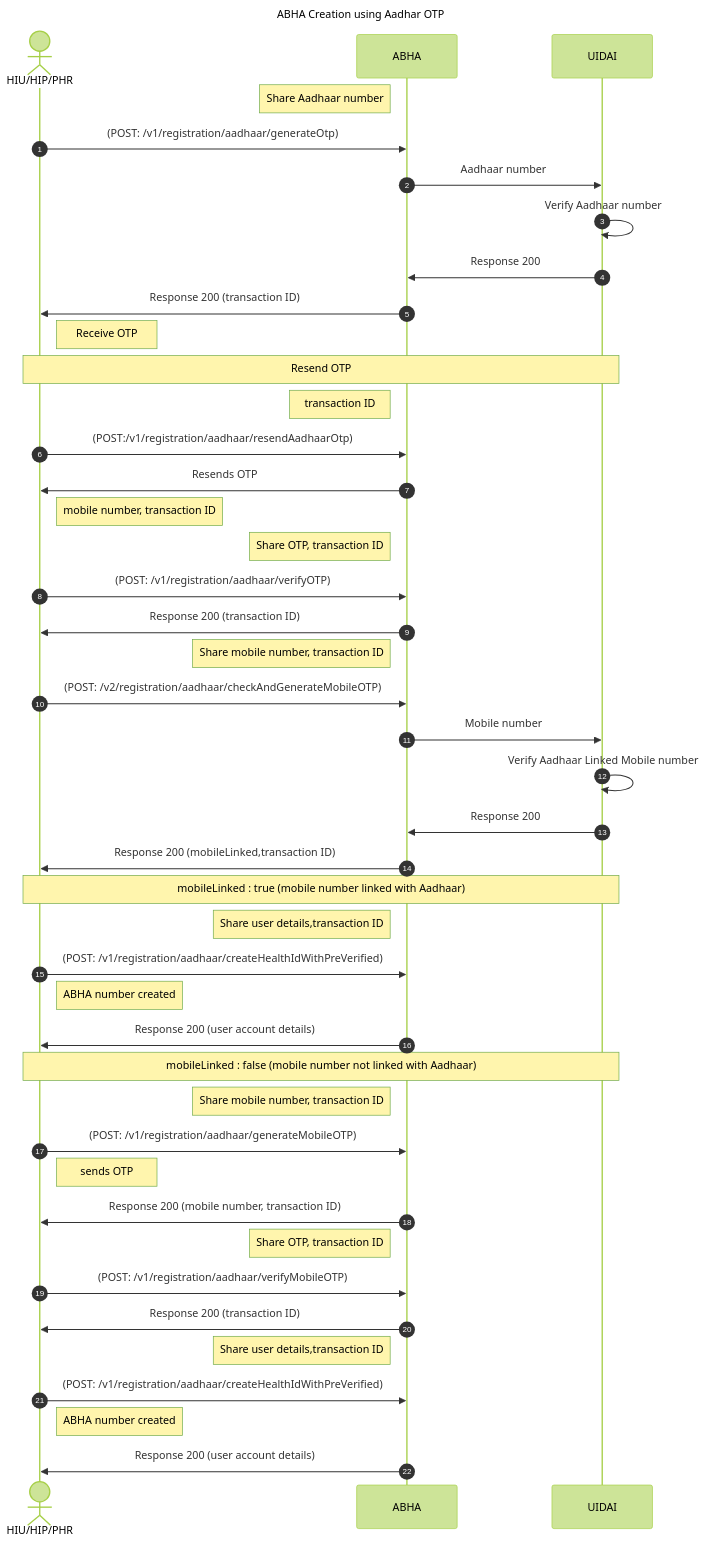
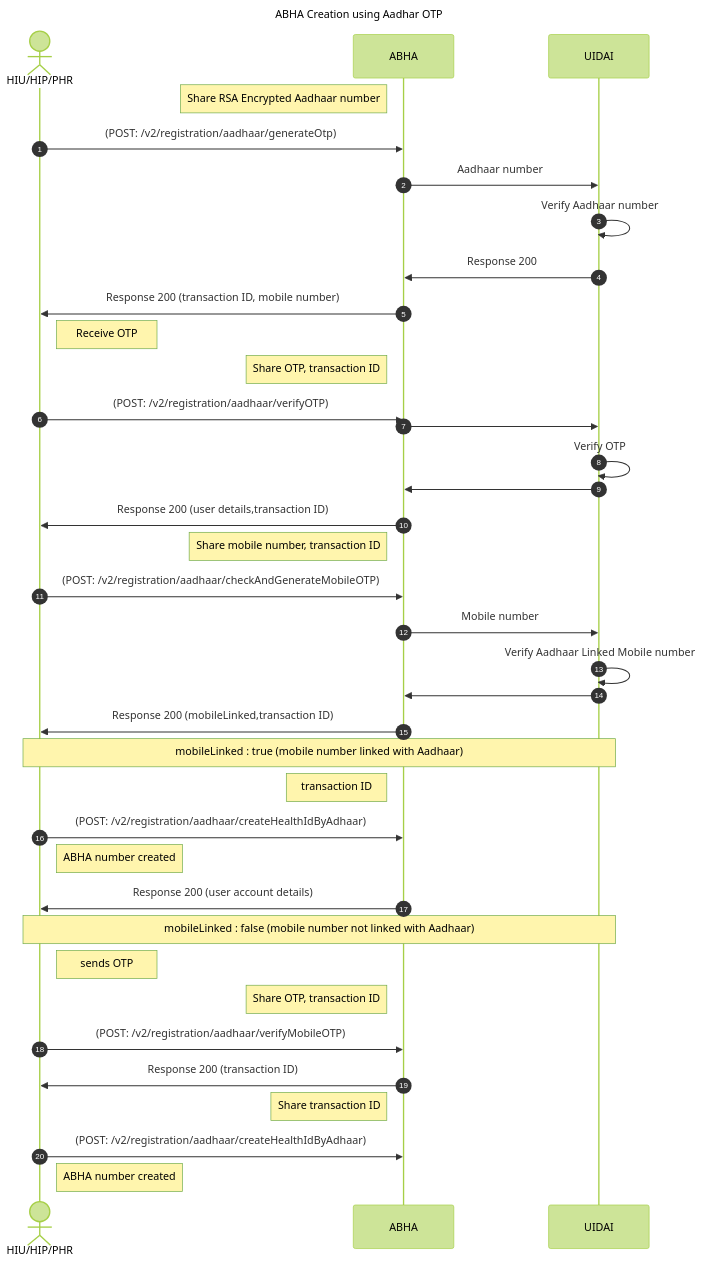
One commit to kiranma72/abdm-docs changed the first of 2 diagrams in content/2-milestone1/abha-number/aadhar-otp.md. Above: the diagram before and after it, drawn with Mermaid (forest theme). The commit also changed other lines of this file and 3 other files, not shown here.

Commit message:
using aadhaar otp seq diagram,swagger

```diff
--- a/content/2-milestone1/abha-number/aadhar-otp.md
+++ b/content/2-milestone1/abha-number/aadhar-otp.md
@@ -81,44 +81,38 @@
 {{< mermaid >}}
 %%{init:{"fontSize": "1.0rem", "sequence":{"showSequenceNumbers":true}}}%%
 sequenceDiagram
 title ABHA Creation using Aadhar OTP
 actor HIU/HIP/PHR
-Note left of ABHA: Share Aadhaar number
-HIU/HIP/PHR->>ABHA: (POST: /v1/registration/aadhaar/generateOtp)
+Note left of ABHA: Share RSA Encrypted Aadhaar number
+HIU/HIP/PHR->>ABHA: (POST: /v2/registration/aadhaar/generateOtp)
 ABHA->>UIDAI: Aadhaar number
 UIDAI->>UIDAI:Verify Aadhaar number
 UIDAI->>ABHA: Response 200
-ABHA->>HIU/HIP/PHR: Response 200 (transaction ID)
+ABHA->>HIU/HIP/PHR: Response 200 (transaction ID, mobile number)
 Note right of HIU/HIP/PHR:Receive OTP
-Note over HIU/HIP/PHR,UIDAI: Resend OTP
-Note left of ABHA: transaction ID
-HIU/HIP/PHR->>ABHA: (POST:/v1/registration/aadhaar/resendAadhaarOtp)
-ABHA->>HIU/HIP/PHR:Resends OTP
-Note right of HIU/HIP/PHR: mobile number, transaction ID
 Note left of ABHA: Share OTP, transaction ID
-HIU/HIP/PHR->>ABHA: (POST: /v1/registration/aadhaar/verifyOTP)
-ABHA->>HIU/HIP/PHR: Response 200 (transaction ID)
+HIU/HIP/PHR->>ABHA: (POST: /v2/registration/aadhaar/verifyOTP)
+ABHA->>UIDAI: 
+UIDAI->>UIDAI:Verify OTP
+UIDAI->>ABHA: 
+ABHA->>HIU/HIP/PHR: Response 200 (user details,transaction ID)
 Note left of ABHA: Share mobile number, transaction ID
 HIU/HIP/PHR->>ABHA: (POST: /v2/registration/aadhaar/checkAndGenerateMobileOTP)
 ABHA->>UIDAI: Mobile number
 UIDAI->>UIDAI:Verify Aadhaar Linked Mobile number
-UIDAI->>ABHA: Response 200
+UIDAI->>ABHA: 
 ABHA->>HIU/HIP/PHR: Response 200 (mobileLinked,transaction ID)
 Note over HIU/HIP/PHR,UIDAI: mobileLinked : true (mobile number linked with Aadhaar)
-Note left of ABHA: Share user details,transaction ID
-HIU/HIP/PHR->>ABHA: (POST: /v1/registration/aadhaar/createHealthIdWithPreVerified)
+Note left of ABHA: transaction ID
+HIU/HIP/PHR->>ABHA: (POST: /v2/registration/aadhaar/createHealthIdByAdhaar)
 Note right of HIU/HIP/PHR: ABHA number created
 ABHA->>HIU/HIP/PHR: Response 200 (user account details)
 Note over HIU/HIP/PHR,UIDAI: mobileLinked : false (mobile number not linked with Aadhaar)
-Note left of ABHA: Share mobile number, transaction ID
-HIU/HIP/PHR->>ABHA: (POST: /v1/registration/aadhaar/generateMobileOTP)
 Note right of HIU/HIP/PHR: sends OTP
-ABHA->>HIU/HIP/PHR: Response 200 (mobile number, transaction ID)
 Note left of ABHA: Share OTP, transaction ID
-HIU/HIP/PHR->>ABHA: (POST: /v1/registration/aadhaar/verifyMobileOTP)
+HIU/HIP/PHR->>ABHA: (POST: /v2/registration/aadhaar/verifyMobileOTP)
 ABHA->>HIU/HIP/PHR: Response 200 (transaction ID)
-Note left of ABHA: Share user details,transaction ID
-HIU/HIP/PHR->>ABHA: (POST: /v1/registration/aadhaar/createHealthIdWithPreVerified)
+Note left of ABHA: Share transaction ID
+HIU/HIP/PHR->>ABHA: (POST: /v2/registration/aadhaar/createHealthIdByAdhaar)
 Note right of HIU/HIP/PHR: ABHA number created
-ABHA->>HIU/HIP/PHR: Response 200 (user account details)
 {{< /mermaid >}}
```
